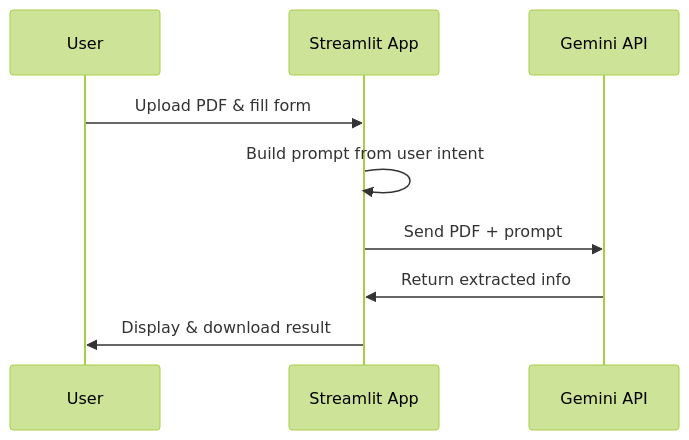
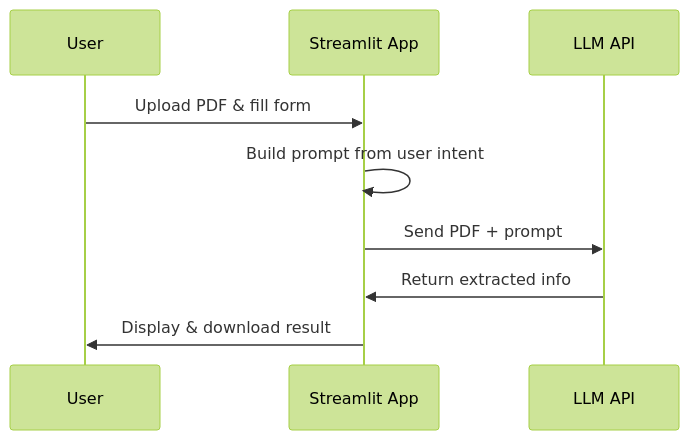
One commit to reshmailfatima/Smart-PDF-Extractor changed the second of 2 diagrams in README.md. Above: the diagram before and after it, drawn with Mermaid (forest theme). The commit also changed other lines of this file, not shown here.

````diff
--- a/README.md
+++ b/README.md
@@ -71,11 +52,11 @@
 ```mermaid
 sequenceDiagram
     participant U as User
     participant S as Streamlit App
-    participant G as Gemini API
+    participant G as LLM API
     U->>S: Upload PDF & fill form
     S->>S: Build prompt from user intent
     S->>G: Send PDF + prompt
     G->>S: Return extracted info
     S->>U: Display & download result
 ```
````
